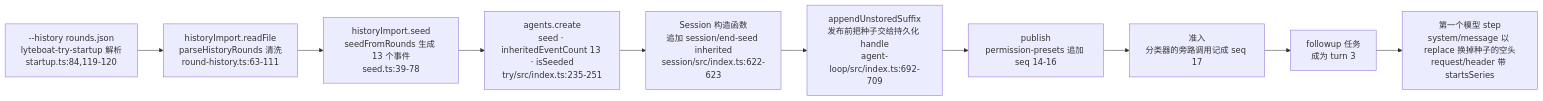
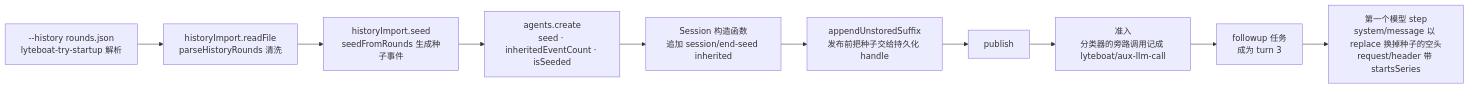
Before and after one commit to lyteboat/boat: diagram 11 of 11 in docs/01-architecture.md, drawn with Mermaid. The commit also changed other lines of this file and 7 other files, not shown here.

````diff
--- a/docs/01-architecture.md
+++ b/docs/01-architecture.md
@@ -1402,12 +1150,12 @@
 ```mermaid
 flowchart LR
-  arg["--history rounds.json<br/>lyteboat-try-startup 解析<br/>startup.ts:84,119-120"] --> rf["historyImport.readFile<br/>parseHistoryRounds 清洗<br/>round-history.ts:63-111"]
-  rf --> sd["historyImport.seed<br/>seedFromRounds 生成 13 个事件<br/>seed.ts:39-78"]
-  sd --> cr["agents.create<br/>seed · inheritedEventCount 13 · isSeeded<br/>try/src/index.ts:235-251"]
-  cr --> es["Session 构造函数<br/>追加 session/end-seed inherited<br/>session/src/index.ts:622-623"]
-  es --> st["appendUnstoredSuffix<br/>发布前把种子交给持久化 handle<br/>agent-loop/src/index.ts:692-709"]
-  st --> pub["publish<br/>permission-presets 追加 seq 14-16"]
-  pub --> adm["准入<br/>分类器的旁路调用记成 seq 17"]
+  arg["--history rounds.json<br/>lyteboat-try-startup 解析"] --> rf["historyImport.readFile<br/>parseHistoryRounds 清洗"]
+  rf --> sd["historyImport.seed<br/>seedFromRounds 生成种子事件"]
+  sd --> cr["agents.create<br/>seed · inheritedEventCount · isSeeded"]
+  cr --> es["Session 构造函数<br/>追加 session/end-seed inherited"]
+  es --> st["appendUnstoredSuffix<br/>发布前把种子交给持久化 handle"]
+  st --> pub["publish"]
+  pub --> adm["准入<br/>分类器的旁路调用记成 lyteboat/aux-llm-call"]
   adm --> task["followup 任务<br/>成为 turn 3"]
   task --> rep["第一个模型 step<br/>system/message 以 replace 换掉种子的空头<br/>request/header 带 startsSeries"]
 ```
````
